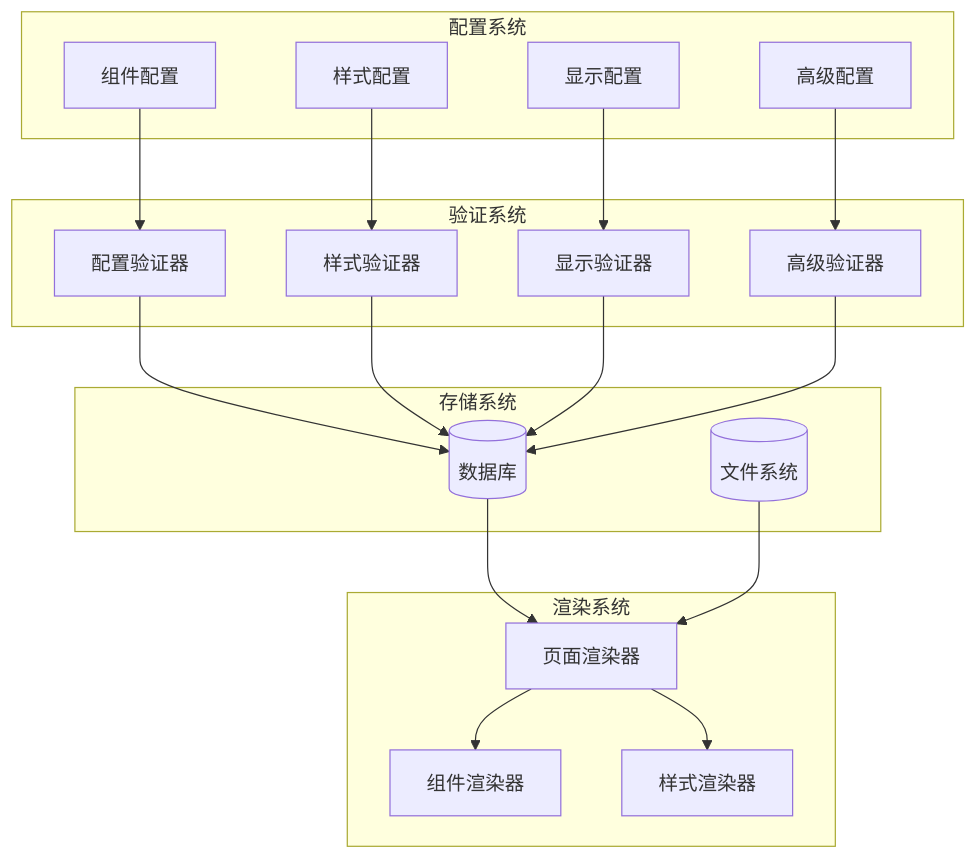
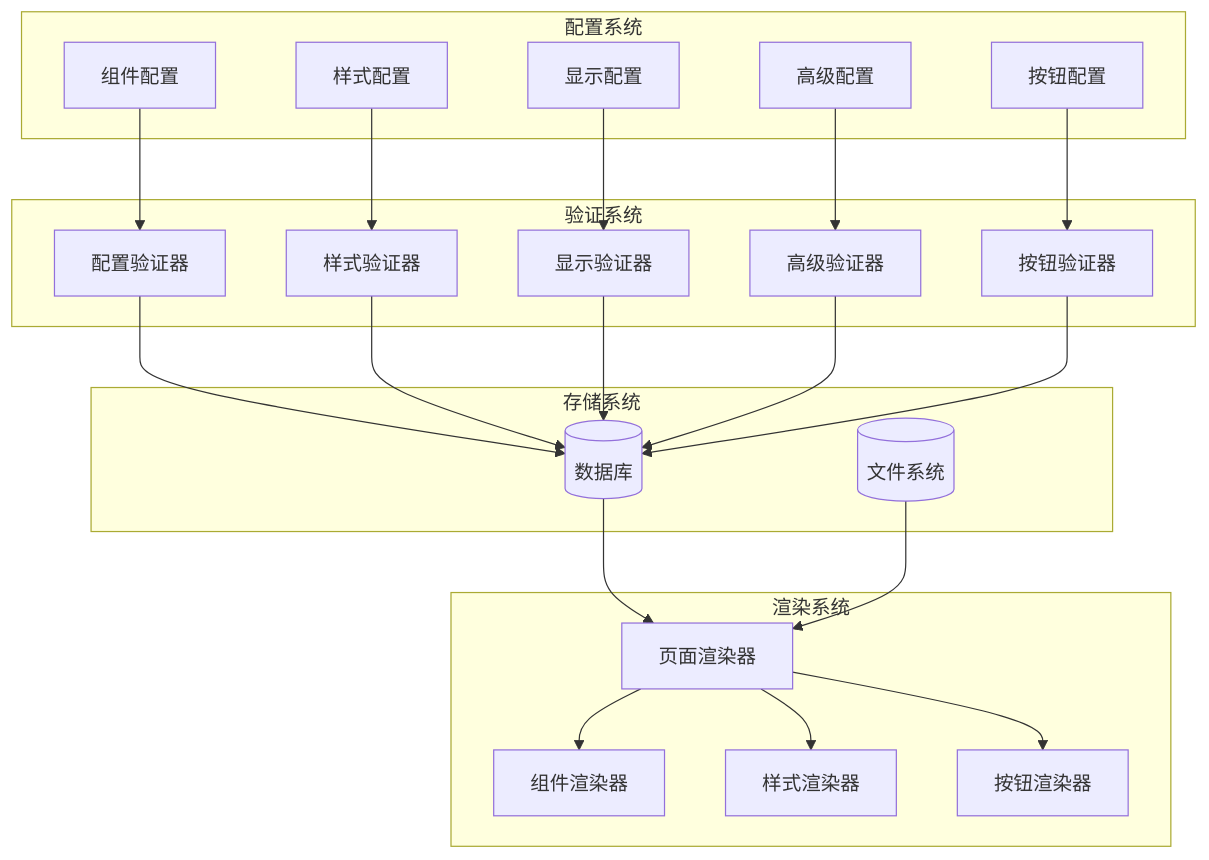
Before and after one commit to wyg5208/website_diy: the ninth of 10 diagrams in .qoder/repowiki/zh/content/前端组件系统/组件库系统/组件通用配置.md, drawn with Mermaid. The commit also changed other lines of this file and 43 other files, not shown here.

````diff
--- a/.qoder/repowiki/zh/content/前端组件系统/组件库系统/组件通用配置.md
+++ b/.qoder/repowiki/zh/content/前端组件系统/组件库系统/组件通用配置.md
@@ -298,36 +472,42 @@
 ```mermaid
 graph TB
 subgraph "配置系统"
 CC[组件配置]
 SC[样式配置]
 DC[显示配置]
 AC[高级配置]
+BC[按钮配置]
 end
 subgraph "验证系统"
 CV[配置验证器]
 SV[样式验证器]
 DV[显示验证器]
 AV[高级验证器]
+BV[按钮验证器]
 end
 subgraph "存储系统"
 DB[(数据库)]
 FS[(文件系统)]
 end
 subgraph "渲染系统"
 PR[页面渲染器]
 CR[组件渲染器]
 SR[样式渲染器]
+BR[按钮渲染器]
 end
 CC --> CV
 SC --> SV
 DC --> DV
 AC --> AV
+BC --> BV
 CV --> DB
 SV --> DB
 DV --> DB
 AV --> DB
+BV --> DB
 DB --> PR
 FS --> PR
 PR --> CR
 PR --> SR
+PR --> BR
 ```
````
